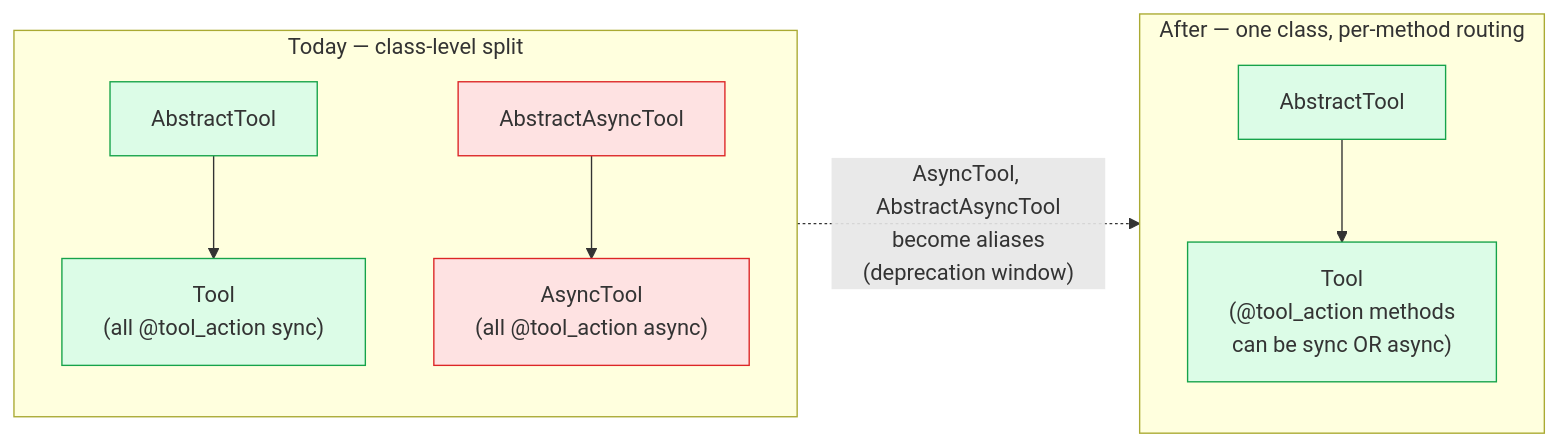
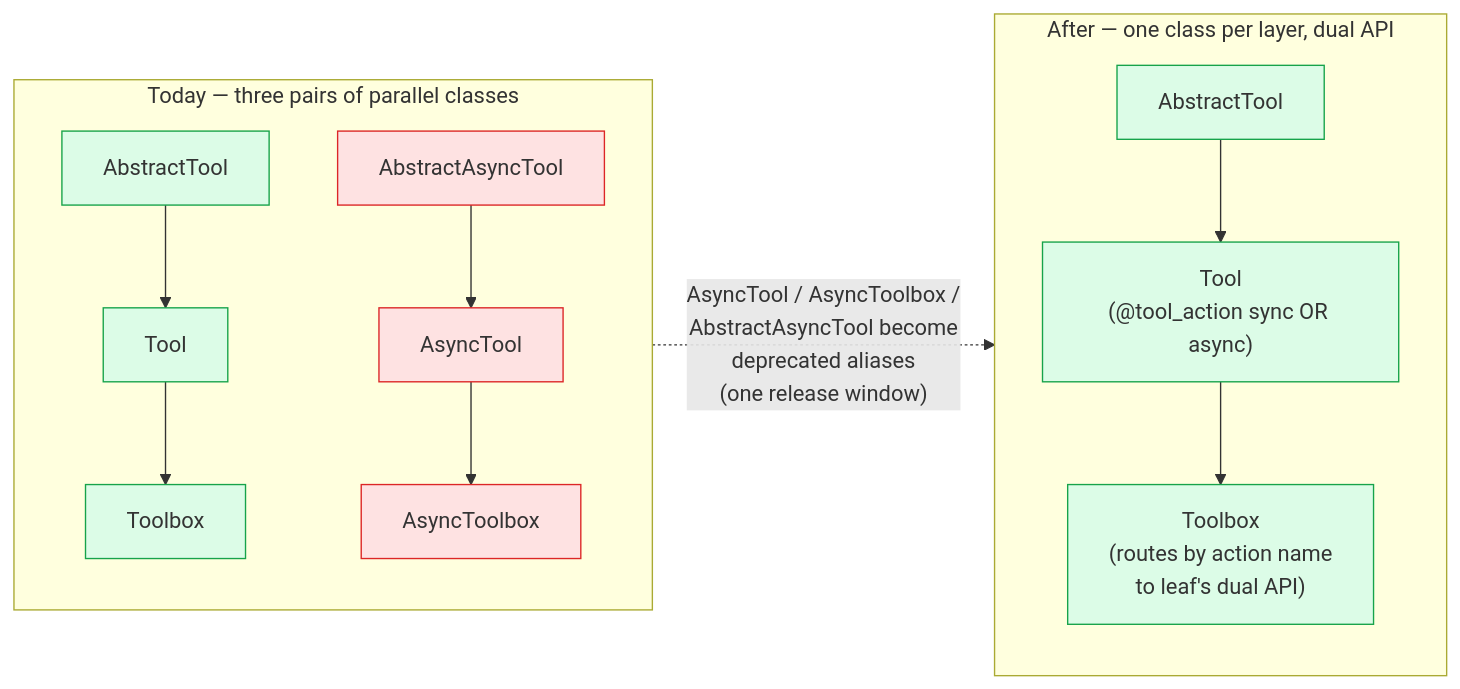
One commit to The-AI-Alliance/cube-standard changed the first of 2 diagrams in openspec/changes/tool-consolidation/proposal.md. Above: the diagram before and after it, drawn with Mermaid. The commit also changed other lines of this file and 1 other file, not shown here.

````diff
--- a/openspec/changes/tool-consolidation/proposal.md
+++ b/openspec/changes/tool-consolidation/proposal.md
@@ -37,22 +39,28 @@
 ```mermaid
 flowchart LR
     classDef gone fill:#fee2e2,stroke:#dc2626
     classDef stay fill:#dcfce7,stroke:#16a34a
 
-    subgraph Today["Today — class-level split"]
-        T1["AbstractTool"]:::stay
-        T2["AbstractAsyncTool"]:::gone
-        T3["Tool<br/>(all @tool_action sync)"]:::stay
-        T4["AsyncTool<br/>(all @tool_action async)"]:::gone
-        T1 --> T3
-        T2 --> T4
+    subgraph Today["Today — three pairs of parallel classes"]
+        TA["AbstractTool"]:::stay
+        TB["AbstractAsyncTool"]:::gone
+        TC["Tool"]:::stay
+        TD["AsyncTool"]:::gone
+        TE["Toolbox"]:::stay
+        TF["AsyncToolbox"]:::gone
+        TA --> TC
+        TB --> TD
+        TC --> TE
+        TD --> TF
     end
 
-    subgraph After["After — one class, per-method routing"]
-        A1["AbstractTool"]:::stay
-        A2["Tool<br/>(@tool_action methods<br/>can be sync OR async)"]:::stay
-        A1 --> A2
+    subgraph After["After — one class per layer, dual API"]
+        AA["AbstractTool"]:::stay
+        AB["Tool<br/>(@tool_action sync OR async)"]:::stay
+        AC["Toolbox<br/>(routes by action name<br/>to leaf's dual API)"]:::stay
+        AA --> AB
+        AB --> AC
     end
 
-    Today -.->|"AsyncTool, AbstractAsyncTool<br/>become aliases<br/>(deprecation window)"| After
+    Today -.->|"AsyncTool / AsyncToolbox /<br/>AbstractAsyncTool become<br/>deprecated aliases<br/>(one release window)"| After
 ```
````
